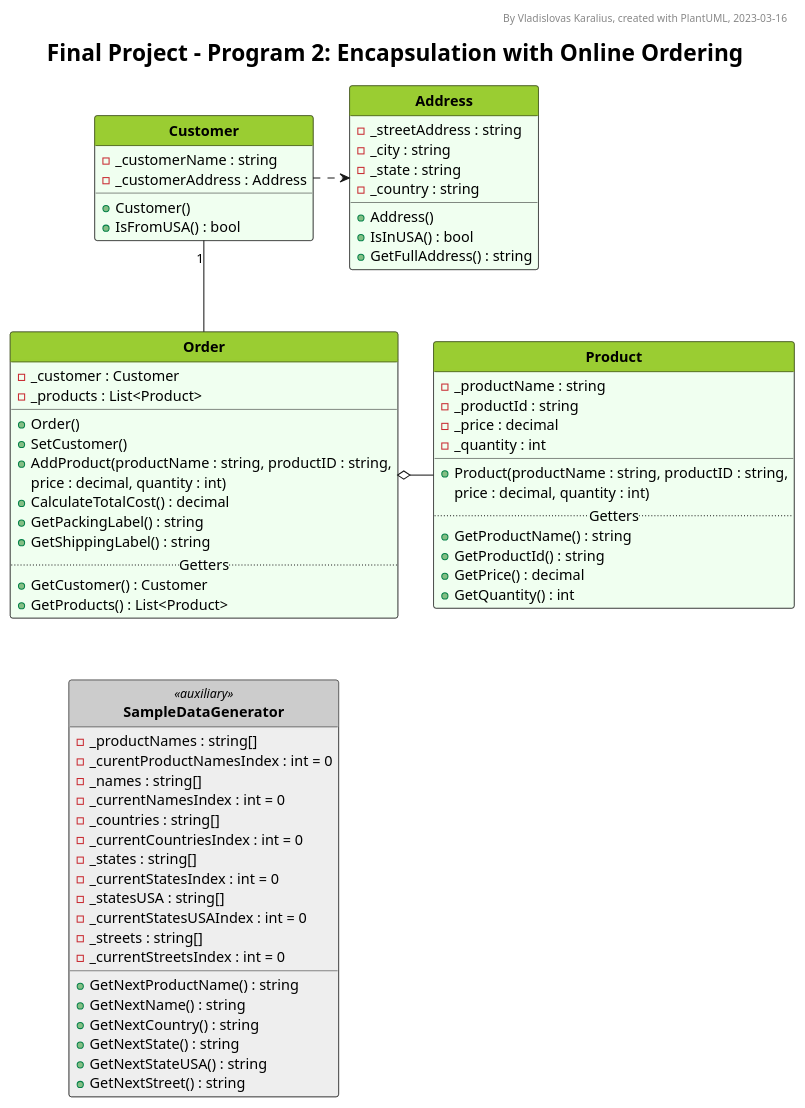
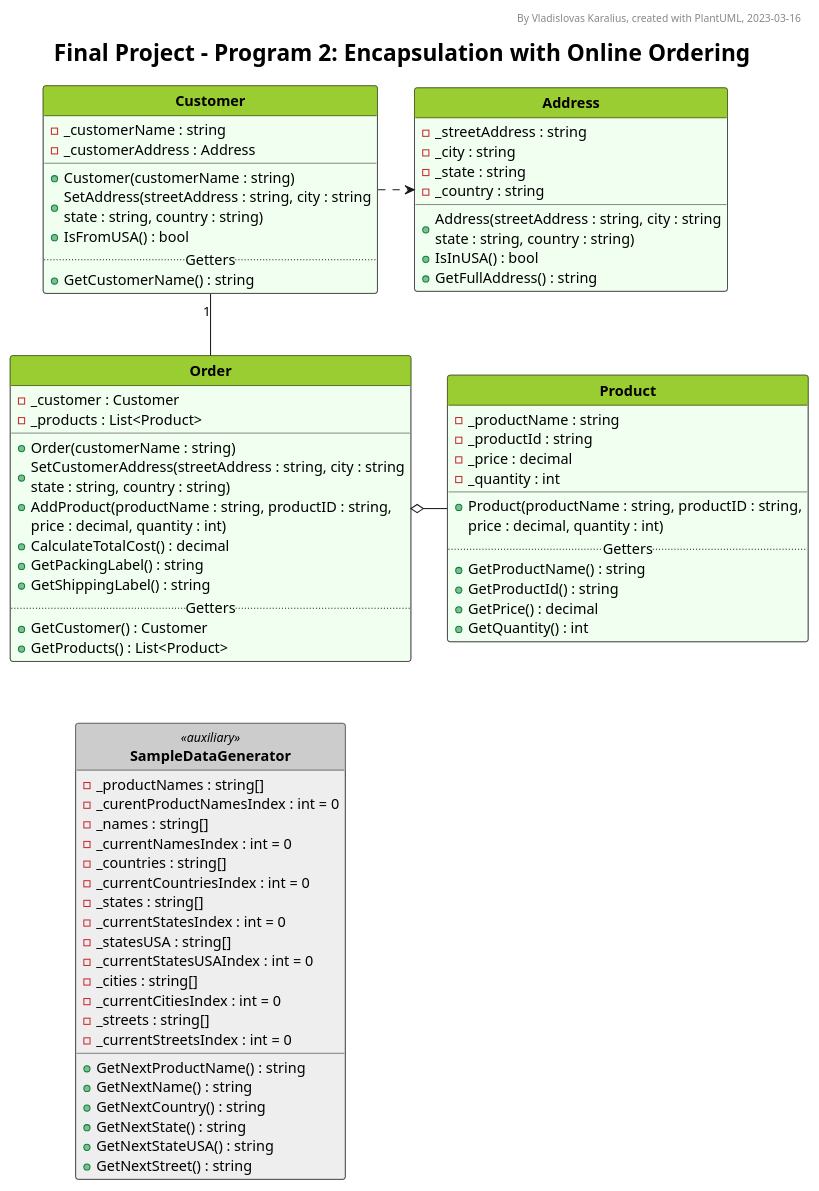
One commit to VladKaralius/cse210-projects changed the diagram in final/Foundation2/UML_diagram.pu. Above: the diagram before and after it, drawn with PlantUML.

Commit message:
Added missing methods

```diff
--- a/final/Foundation2/UML_diagram.pu
+++ b/final/Foundation2/UML_diagram.pu
@@ -1,164 +1,169 @@
 @startuml UML_diagram
 
 '--Formatting options--
 hide circle
 hide empty members
 'skinparam classAttributeIconSize 0
 skinparam style strictuml
 'skinparam groupInheritance 2
 'skinparam linetype ortho
 'skinparam Nodesep 15
 'skinparam Ranksep 25
 'left to right direction
 
 '--Styling--
 'skinparam BackgroundColor White/LightGreen
 skinparam TitleFontSize 22
 
 <style>
 classDiagram {
   class {
     '-attributes and methods-
     'FontSize 14
     'FontColor black
     'BackgroundColor #fefece
     BackgroundColor #f0fff0
     'RoundCorner 0
     '-class name-
     header {
       'FontSize 12
       'FontColor Black
       FontStyle bold
       BackgroundColor YellowGreen
     }
     
     ' Alternative class style 1
     .style1 {
       BackgroundColor Bisque
       header {
         BackgroundColor Orange
       }
     }
 
     ' Alternative class style 2
     .auxiliary {
       BackgroundColor #eeeeee
       header {
         BackgroundColor #cccccc
       }
     }
   }
   note {
     BackgroundColor Yellow
   }
   legend {
     FontSize 18
   }
 </style>
 
 '--Header, title, caption--
 header By Vladislovas Karalius, created with PlantUML, 2023-03-16
 title Final Project - Program 2: Encapsulation with Online Ordering
 'caption <:warning:>Constructors without parameters are not shown in this diagram
 
 ' Dummy class that explains visibility symbols
 ' class Markers #dddddd {
 ' Attributes
 ' ..
 ' - private
 ' # protected
 ' + public
 ' {static} static
 ' --
 ' Methods
 ' ..
 ' - private()
 ' # protected()
 ' + public()
 ' {static} static()
 ' }
 
 '--Main--
 class Order {
   - _customer : Customer
   - _products : List<Product> 
   __
-  + Order()
-  + SetCustomer()
+  + Order(customerName : string)
+  + SetCustomerAddress(streetAddress : string, city : string\nstate : string, country : string)
   + AddProduct(productName : string, productID : string,
     price : decimal, quantity : int)
   + CalculateTotalCost() : decimal
   + GetPackingLabel() : string
   + GetShippingLabel() : string
   ..Getters..
   + GetCustomer() : Customer
   + GetProducts() : List<Product>
 }
 
 class Product {
   - _productName : string
   - _productId : string
   - _price : decimal
   - _quantity : int
   __
   + Product(productName : string, productID : string,
     price : decimal, quantity : int)
   ..Getters..
   + GetProductName() : string
   + GetProductId() : string
   + GetPrice() : decimal
   + GetQuantity() : int
 }
 
 class Customer {
 - _customerName : string
 - _customerAddress : Address
-+ Customer()
+__
++ Customer(customerName : string)
++ SetAddress(streetAddress : string, city : string\nstate : string, country : string)
 + IsFromUSA() : bool
-
+..Getters..
++ GetCustomerName() : string
 }
 
 class Address {
   - _streetAddress : string
   - _city : string
   - _state : string
   - _country : string
-  + Address()
+  + Address(streetAddress : string, city : string\nstate : string, country : string)
   + IsInUSA() : bool
   + GetFullAddress() : string
 }
 
 class SampleDataGenerator <<auxiliary>> {
   - _productNames : string[]
   - _curentProductNamesIndex : int = 0
   - _names : string[]
   - _currentNamesIndex : int = 0
   - _countries : string[]
   - _currentCountriesIndex : int = 0
   - _states : string[]
   - _currentStatesIndex : int = 0
   - _statesUSA : string[]
   - _currentStatesUSAIndex : int = 0
+  - _cities : string[]
+  - _currentCitiesIndex : int = 0
   - _streets : string[]
   - _currentStreetsIndex : int = 0
   + GetNextProductName() : string
   + GetNextName() : string
   + GetNextCountry() : string
   + GetNextState() : string
   + GetNextStateUSA() : string
   + GetNextStreet() : string
 }
 
 Order o- Product
 Customer "1" -- Order
 Customer .> Address
 Order .[hidden]. SampleDataGenerator
 
 '--Description--
 ' legend bottom
 ' <size:22>__**Core Requirements**__
 ' The program has one base class **Activity**. This class contains the attributes and methods
 ' that are common to all activities. Certain functions are put into separate classes as follows:
 ' endlegend
 
 @enduml
```
